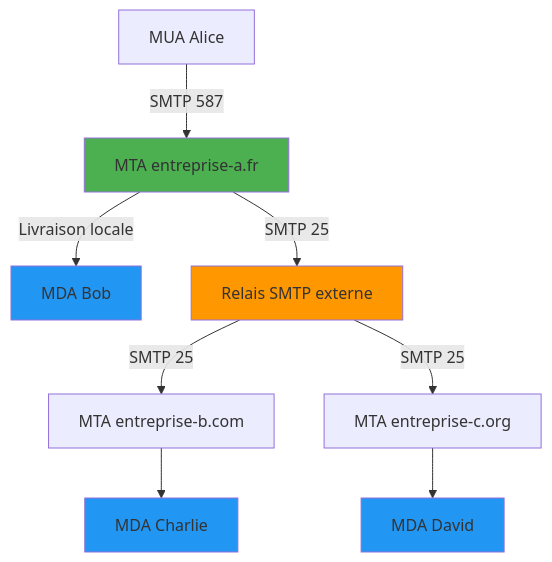
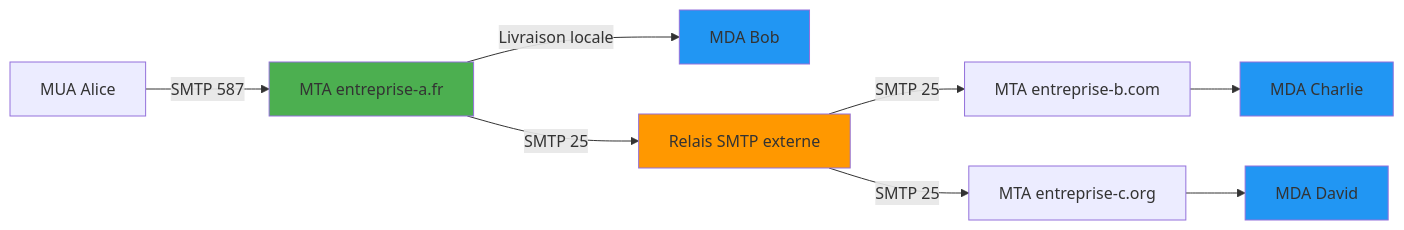
One commit to JSurquin/postfix changed the diagram in pages/qcm-module-01.md. Above: the diagram before and after it, drawn with Mermaid. The commit also changed other lines of this file, not shown here.

````diff
--- a/pages/qcm-module-01.md
+++ b/pages/qcm-module-01.md
@@ -149,16 +155,16 @@
 ```mermaid
-graph TD
+graph LR
     A[MUA Alice] -->|SMTP 587| B[MTA entreprise-a.fr]
     B -->|Livraison locale| C[MDA Bob]
     B -->|SMTP 25| D[Relais SMTP externe]
     D -->|SMTP 25| E[MTA entreprise-b.com]
     D -->|SMTP 25| F[MTA entreprise-c.org]
     E --> G[MDA Charlie]
     F --> H[MDA David]
     
     style B fill:#4CAF50
     style D fill:#FF9800
     style C fill:#2196F3
     style G fill:#2196F3
     style H fill:#2196F3
 ```
````
